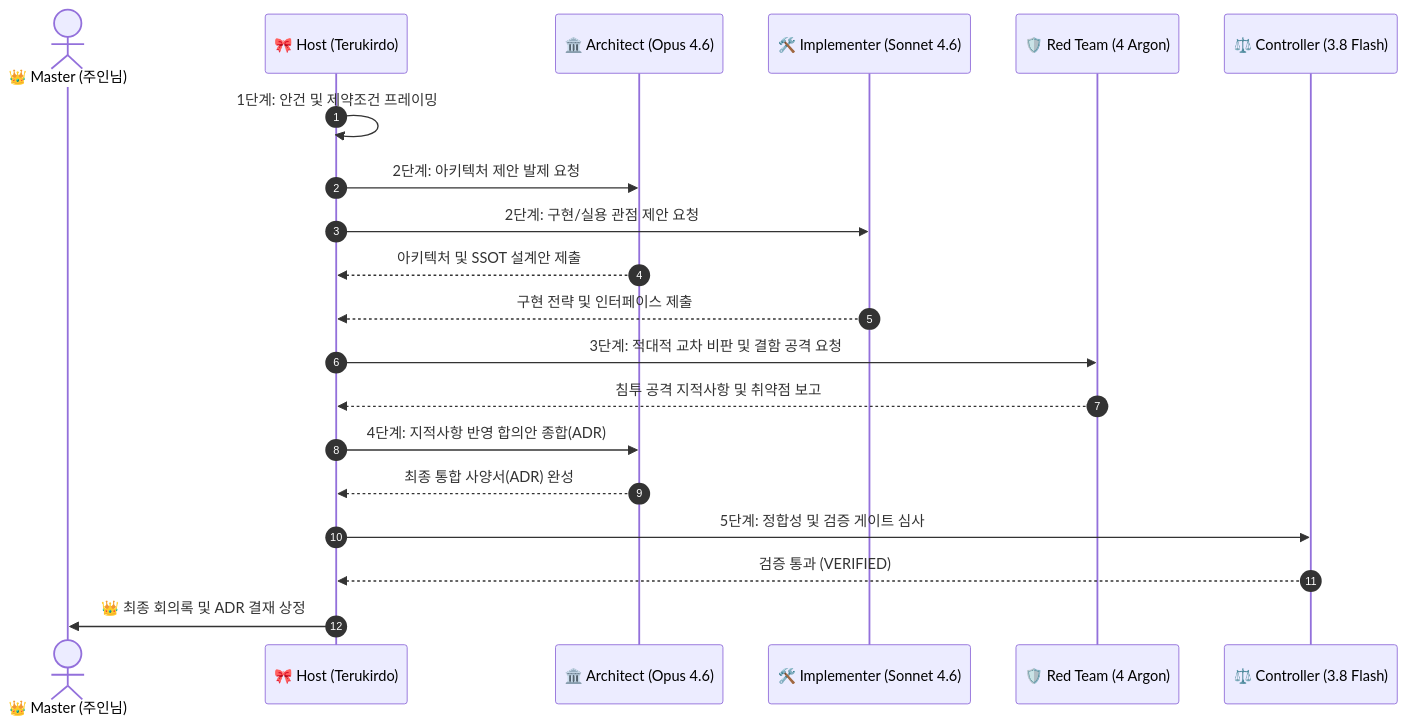
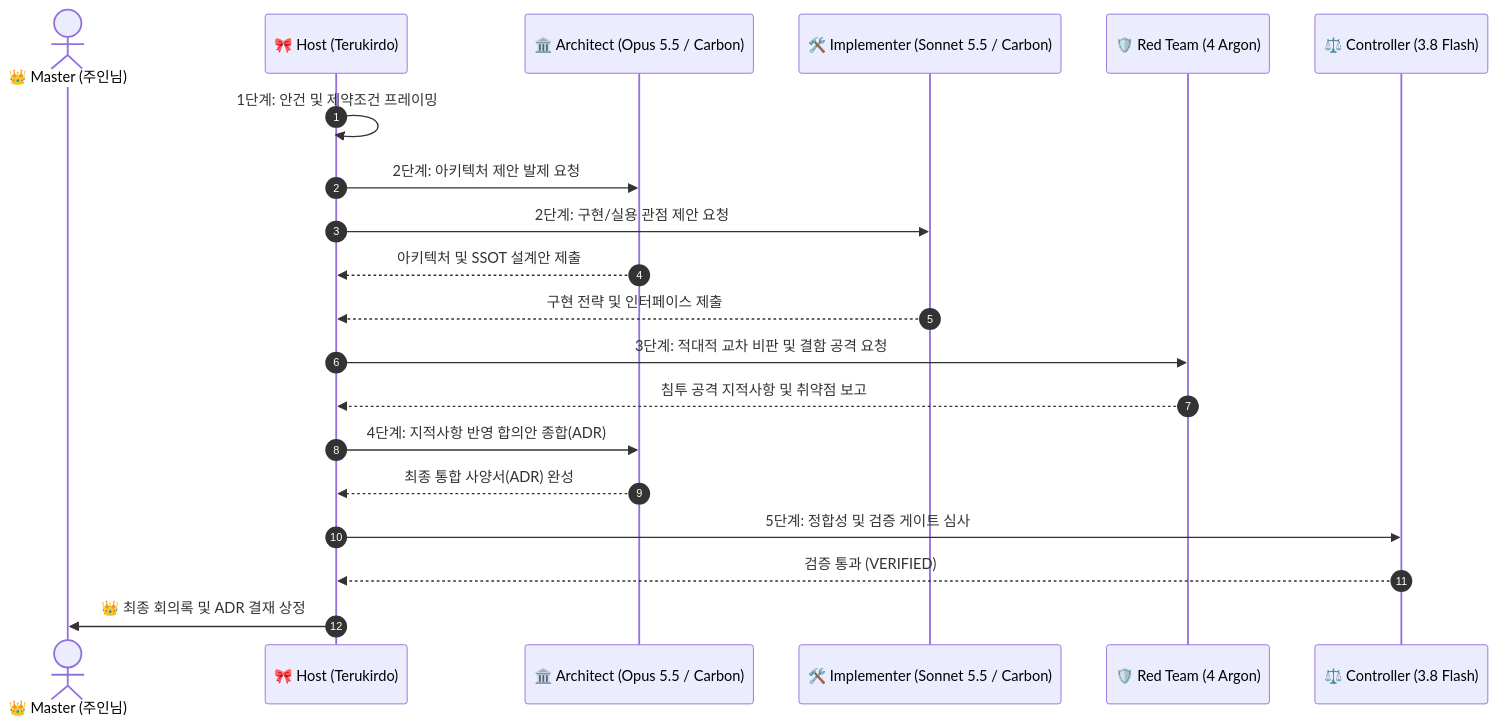
One commit to Terkiss/Terkirdo changed the diagram in .agents/skills/multi-agent-conference/SKILL.md. Above: the diagram before and after it, drawn with Mermaid. The commit also changed other lines of this file and 26 other files, not shown here.

````diff
--- a/.agents/skills/multi-agent-conference/SKILL.md
+++ b/.agents/skills/multi-agent-conference/SKILL.md
@@ -38,23 +38,23 @@
 ```mermaid
 sequenceDiagram
     autonumber
     actor Master as 👑 Master (주인님)
     participant Host as 🎀 Host (Terukirdo)
-    participant Arch as 🏛️ Architect (Opus 4.6)
-    participant Impl as 🛠️ Implementer (Sonnet 4.6)
+    participant Arch as 🏛️ Architect (Opus 5.5 / Carbon)
+    participant Impl as 🛠️ Implementer (Sonnet 5.5 / Carbon)
     participant Red as 🛡️ Red Team (4 Argon)
     participant Flash as ⚖️ Controller (3.8 Flash)
 
     Host->>Host: 1단계: 안건 및 제약조건 프레이밍
     Host->>Arch: 2단계: 아키텍처 제안 발제 요청
     Host->>Impl: 2단계: 구현/실용 관점 제안 요청
     Arch-->>Host: 아키텍처 및 SSOT 설계안 제출
     Impl-->>Host: 구현 전략 및 인터페이스 제출
     Host->>Red: 3단계: 적대적 교차 비판 및 결함 공격 요청
     Red-->>Host: 침투 공격 지적사항 및 취약점 보고
     Host->>Arch: 4단계: 지적사항 반영 합의안 종합(ADR)
     Arch-->>Host: 최종 통합 사양서(ADR) 완성
     Host->>Flash: 5단계: 정합성 및 검증 게이트 심사
     Flash-->>Host: 검증 통과 (VERIFIED)
     Host->>Master: 👑 최종 회의록 및 ADR 결재 상정
 ```
````
